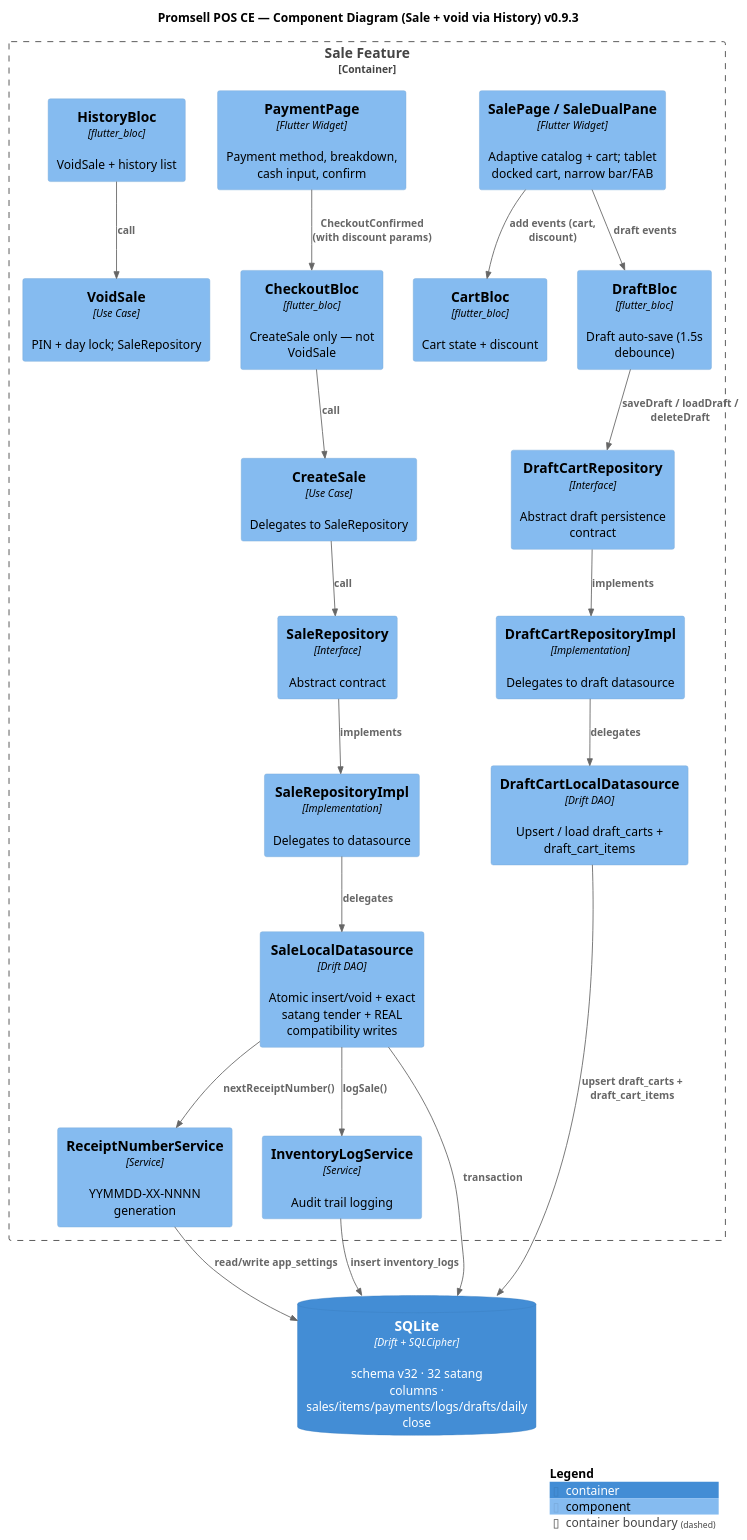
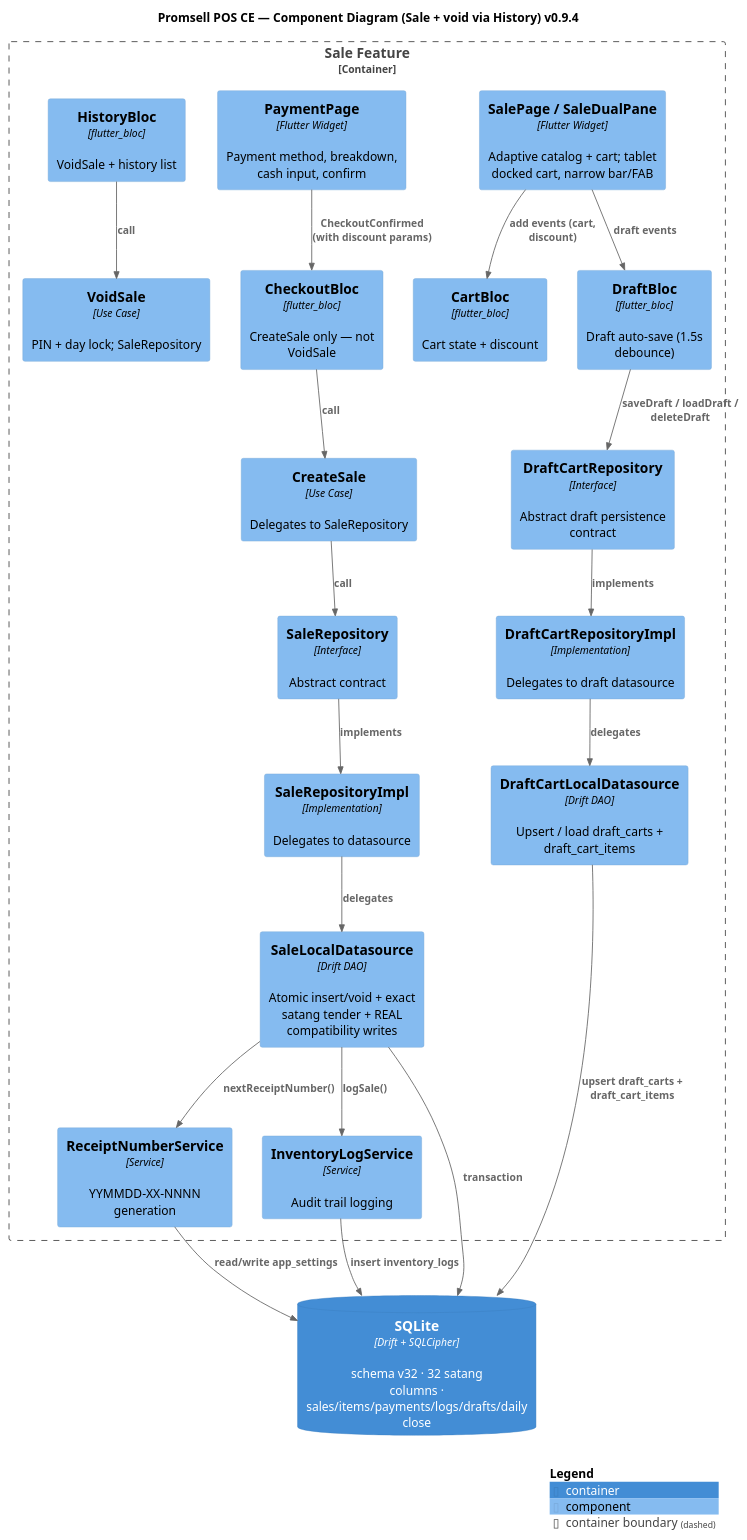
Before and after one commit to MN-Lizard-Team/promsell-pos-ce: the diagram in docs/architecture/puml/c4-component.puml, drawn with PlantUML. The commit also changed 70 other files, not shown here.

```diff
--- a/docs/architecture/puml/c4-component.puml
+++ b/docs/architecture/puml/c4-component.puml
@@ -1,46 +1,46 @@
 @startuml C4_Component
 !include https://raw.githubusercontent.com/plantuml-stdlib/C4-PlantUML/master/C4_Component.puml
 
-title Promsell POS CE — Component Diagram (Sale + void via History) v0.9.3
+title Promsell POS CE — Component Diagram (Sale + void via History) v0.9.4
 
 Container_Boundary(sale_feature, "Sale Feature") {
     Component(sale_page, "SalePage / SaleDualPane", "Flutter Widget", "Adaptive catalog + cart; tablet docked cart, narrow bar/FAB")
     Component(payment_sheet, "PaymentPage", "Flutter Widget", "Payment method, breakdown, cash input, confirm")
     Component(cart_bloc, "CartBloc", "flutter_bloc", "Cart state + discount")
     Component(draft_bloc, "DraftBloc", "flutter_bloc", "Draft auto-save (1.5s debounce)")
     Component(checkout_bloc, "CheckoutBloc", "flutter_bloc", "CreateSale only — not VoidSale")
     Component(history_bloc, "HistoryBloc", "flutter_bloc", "VoidSale + history list")
     Component(create_sale_uc, "CreateSale", "Use Case", "Delegates to SaleRepository")
     Component(void_sale_uc, "VoidSale", "Use Case", "PIN + day lock; SaleRepository")
     Component(sale_repo, "SaleRepository", "Interface", "Abstract contract")
     Component(sale_repo_impl, "SaleRepositoryImpl", "Implementation", "Delegates to datasource")
     Component(sale_ds, "SaleLocalDatasource", "Drift DAO", "Atomic insert/void + exact satang tender + REAL compatibility writes")
     Component(receipt_svc, "ReceiptNumberService", "Service", "YYMMDD-XX-NNNN generation")
     Component(inv_log_svc, "InventoryLogService", "Service", "Audit trail logging")
     Component(draft_repo, "DraftCartRepository", "Interface", "Abstract draft persistence contract")
     Component(draft_repo_impl, "DraftCartRepositoryImpl", "Implementation", "Delegates to draft datasource")
     Component(draft_ds, "DraftCartLocalDatasource", "Drift DAO", "Upsert / load draft_carts + draft_cart_items")
 }
 
 ContainerDb(db, "SQLite", "Drift + SQLCipher", "schema v32 · 32 satang columns · sales/items/payments/logs/drafts/daily close")
 
 Rel(sale_page, cart_bloc, "add events (cart, discount)")
 Rel(sale_page, draft_bloc, "draft events")
 Rel(payment_sheet, checkout_bloc, "CheckoutConfirmed (with discount params)")
 Rel(checkout_bloc, create_sale_uc, "call")
 Rel(history_bloc, void_sale_uc, "call")
 Rel(draft_bloc, draft_repo, "saveDraft / loadDraft / deleteDraft")
 Rel(create_sale_uc, sale_repo, "call")
 Rel(sale_repo, sale_repo_impl, "implements")
 Rel(sale_repo_impl, sale_ds, "delegates")
 Rel(draft_repo, draft_repo_impl, "implements")
 Rel(draft_repo_impl, draft_ds, "delegates")
 Rel(sale_ds, receipt_svc, "nextReceiptNumber()")
 Rel(sale_ds, inv_log_svc, "logSale()")
 Rel(sale_ds, db, "transaction")
 Rel(receipt_svc, db, "read/write app_settings")
 Rel(inv_log_svc, db, "insert inventory_logs")
 Rel(draft_ds, db, "upsert draft_carts + draft_cart_items")
 
 SHOW_LEGEND()
 @enduml
```
